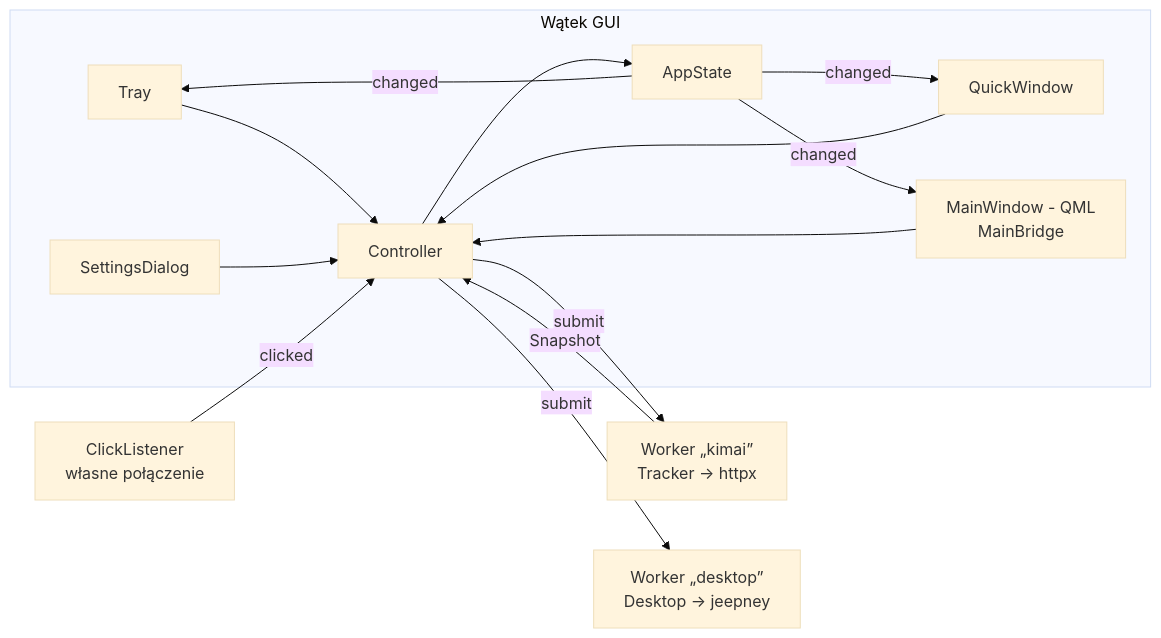
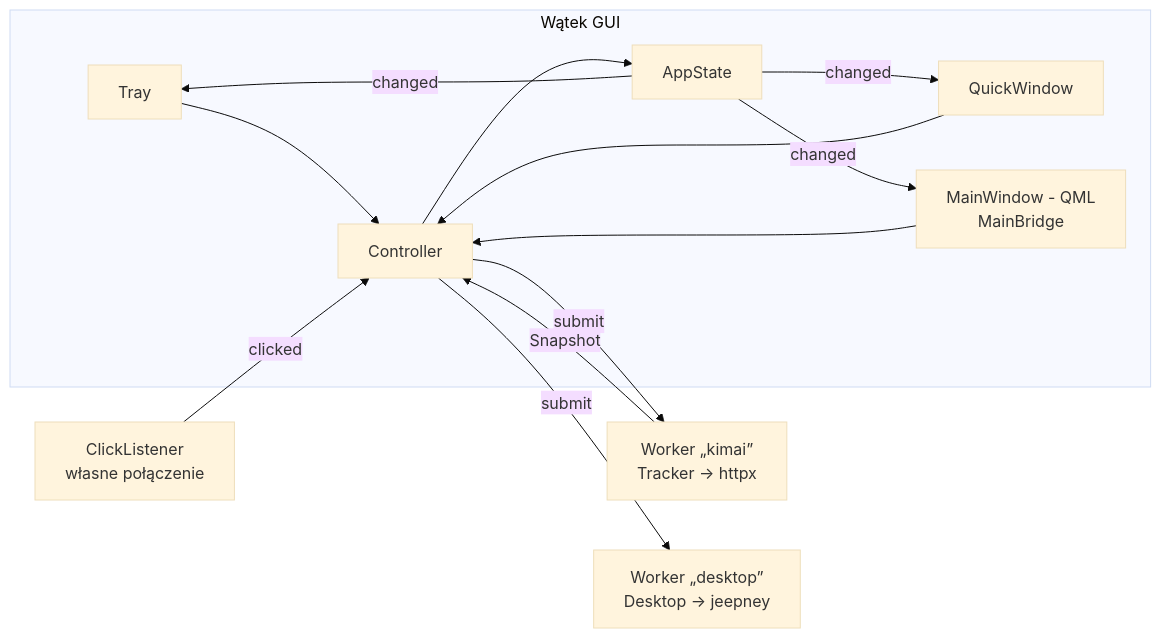
The second of 4 diagrams in docs/architektura/architektura-aplikacji.md (DragonKing026/DK-Tracker-Linux), drawn with Mermaid (base theme) before and after one commit. The commit also changed other lines of this file and 4 other files, not shown here.

````diff
--- a/docs/architektura/architektura-aplikacji.md
+++ b/docs/architektura/architektura-aplikacji.md
@@ -101,17 +101,16 @@
 ```mermaid
 flowchart LR
     subgraph gui[Wątek GUI]
         TRAY[Tray] --> CTRL[Controller]
         POP[QuickWindow] --> CTRL
-        DLG[SettingsDialog] --> CTRL
         MW[MainWindow - QML<br/>MainBridge] --> CTRL
         ST -->|changed| MW
         CTRL --> ST[AppState]
         ST -->|changed| TRAY
         ST -->|changed| POP
     end
     CTRL -->|submit| WK[Worker „kimai”<br/>Tracker → httpx]
     CTRL -->|submit| WD[Worker „desktop”<br/>Desktop → jeepney]
     CL[ClickListener<br/>własne połączenie] -->|clicked| CTRL
     WK -->|Snapshot| CTRL
 ```
````
